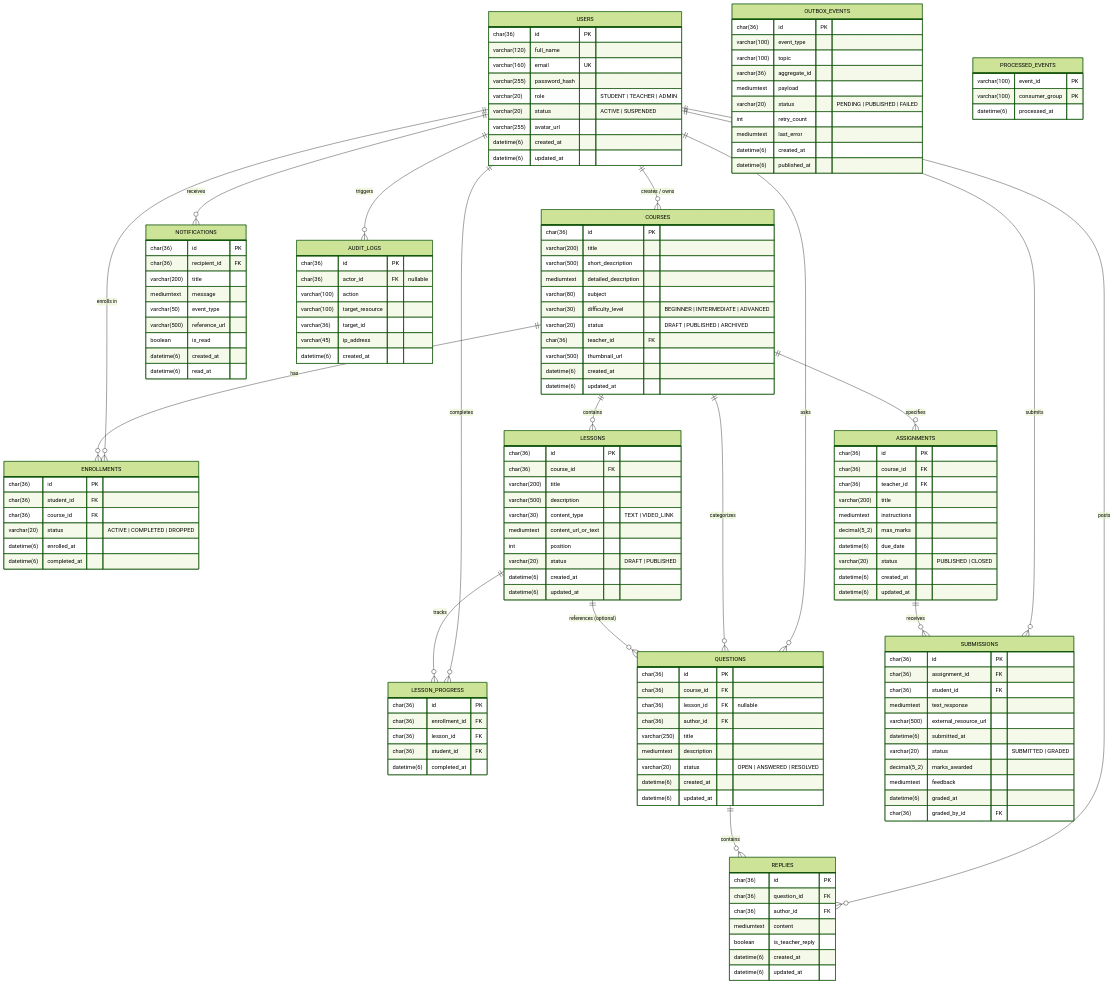
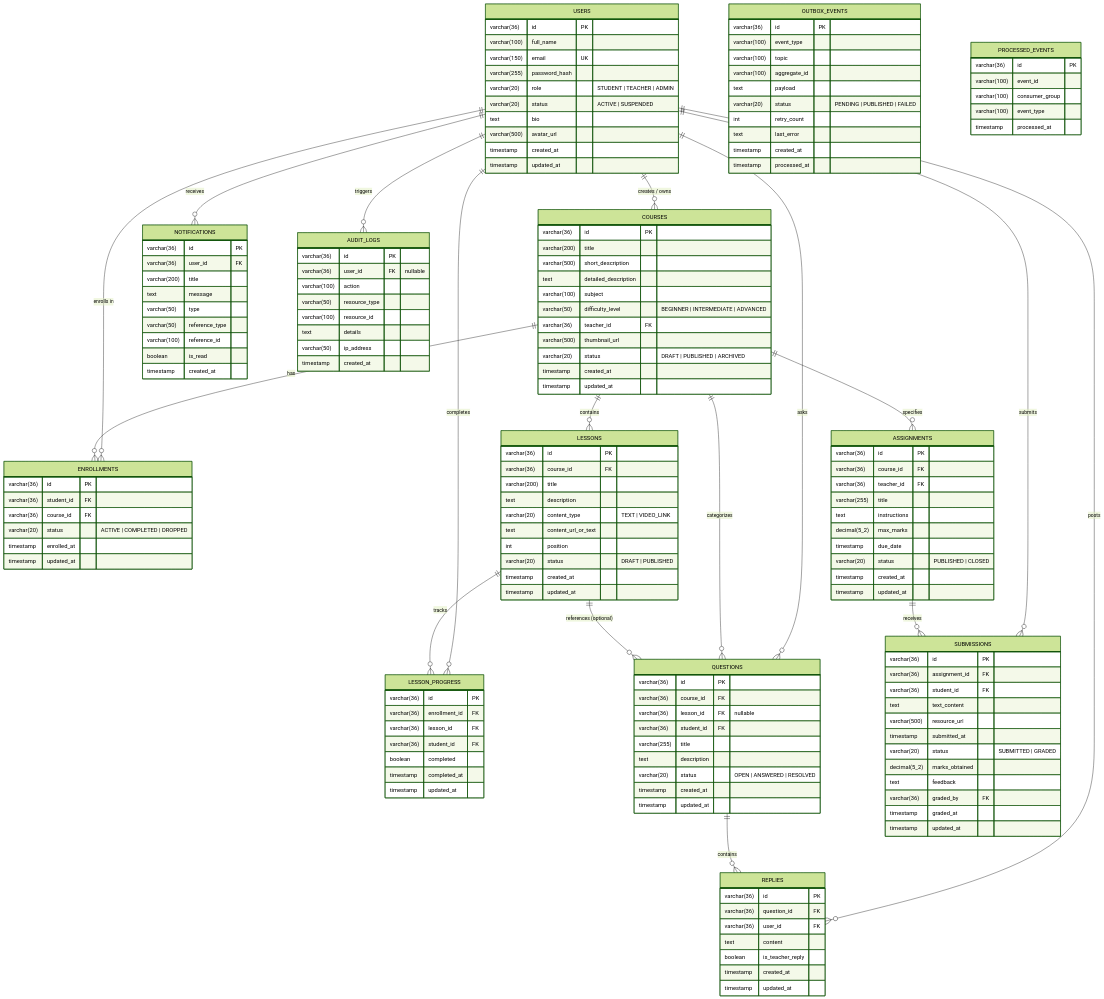
Before and after one commit to aiverseofshalab/LearnLoop: the diagram in docs/ER_DIAGRAM.md, drawn with Mermaid (forest theme). The commit also changed other lines of this file and 12 other files, not shown here.

````diff
--- a/docs/ER_DIAGRAM.md
+++ b/docs/ER_DIAGRAM.md
@@ -37,148 +38,155 @@
     ASSIGNMENTS ||--o{ SUBMISSIONS : "receives"
 
     USERS {
-        char(36) id PK
-        varchar(120) full_name
-        varchar(160) email UK
+        varchar(36) id PK
+        varchar(100) full_name
+        varchar(150) email UK
         varchar(255) password_hash
         varchar(20) role "STUDENT | TEACHER | ADMIN"
         varchar(20) status "ACTIVE | SUSPENDED"
-        varchar(255) avatar_url
-        datetime(6) created_at
-        datetime(6) updated_at
+        text bio
+        varchar(500) avatar_url
+        timestamp created_at
+        timestamp updated_at
     }
 
     COURSES {
-        char(36) id PK
+        varchar(36) id PK
         varchar(200) title
         varchar(500) short_description
-        mediumtext detailed_description
-        varchar(80) subject
-        varchar(30) difficulty_level "BEGINNER | INTERMEDIATE | ADVANCED"
+        text detailed_description
+        varchar(100) subject
+        varchar(50) difficulty_level "BEGINNER | INTERMEDIATE | ADVANCED"
+        varchar(36) teacher_id FK
+        varchar(500) thumbnail_url
         varchar(20) status "DRAFT | PUBLISHED | ARCHIVED"
-        char(36) teacher_id FK
-        varchar(500) thumbnail_url
-        datetime(6) created_at
-        datetime(6) updated_at
+        timestamp created_at
+        timestamp updated_at
     }
 
     LESSONS {
-        char(36) id PK
-        char(36) course_id FK
+        varchar(36) id PK
+        varchar(36) course_id FK
         varchar(200) title
-        varchar(500) description
-        varchar(30) content_type "TEXT | VIDEO_LINK"
-        mediumtext content_url_or_text
+        text description
+        varchar(20) content_type "TEXT | VIDEO_LINK"
+        text content_url_or_text
         int position
         varchar(20) status "DRAFT | PUBLISHED"
-        datetime(6) created_at
-        datetime(6) updated_at
+        timestamp created_at
+        timestamp updated_at
     }
 
     ENROLLMENTS {
-        char(36) id PK
-        char(36) student_id FK
-        char(36) course_id FK
+        varchar(36) id PK
+        varchar(36) student_id FK
+        varchar(36) course_id FK
         varchar(20) status "ACTIVE | COMPLETED | DROPPED"
-        datetime(6) enrolled_at
-        datetime(6) completed_at
+        timestamp enrolled_at
+        timestamp updated_at
     }
 
     LESSON_PROGRESS {
-        char(36) id PK
-        char(36) enrollment_id FK
-        char(36) lesson_id FK
-        char(36) student_id FK
-        datetime(6) completed_at
+        varchar(36) id PK
+        varchar(36) enrollment_id FK
+        varchar(36) lesson_id FK
+        varchar(36) student_id FK
+        boolean completed
+        timestamp completed_at
+        timestamp updated_at
     }
 
     QUESTIONS {
-        char(36) id PK
-        char(36) course_id FK
-        char(36) lesson_id FK "nullable"
-        char(36) author_id FK
-        varchar(250) title
-        mediumtext description
+        varchar(36) id PK
+        varchar(36) course_id FK
+        varchar(36) lesson_id FK "nullable"
+        varchar(36) student_id FK
+        varchar(255) title
+        text description
         varchar(20) status "OPEN | ANSWERED | RESOLVED"
-        datetime(6) created_at
-        datetime(6) updated_at
+        timestamp created_at
+        timestamp updated_at
     }
 
     REPLIES {
-        char(36) id PK
-        char(36) question_id FK
-        char(36) author_id FK
-        mediumtext content
+        varchar(36) id PK
+        varchar(36) question_id FK
+        varchar(36) user_id FK
+        text content
         boolean is_teacher_reply
-        datetime(6) created_at
-        datetime(6) updated_at
+        timestamp created_at
+        timestamp updated_at
     }
 
     ASSIGNMENTS {
-        char(36) id PK
-        char(36) course_id FK
-        char(36) teacher_id FK
-        varchar(200) title
-        mediumtext instructions
+        varchar(36) id PK
+        varchar(36) course_id FK
+        varchar(36) teacher_id FK
+        varchar(255) title
+        text instructions
         decimal(5_2) max_marks
-        datetime(6) due_date
+        timestamp due_date
         varchar(20) status "PUBLISHED | CLOSED"
-        datetime(6) created_at
-        datetime(6) updated_at
+        timestamp created_at
+        timestamp updated_at
     }
 
     SUBMISSIONS {
-        char(36) id PK
-        char(36) assignment_id FK
-        char(36) student_id FK
-        mediumtext text_response
-        varchar(500) external_resource_url
-        datetime(6) submitted_at
+        varchar(36) id PK
+        varchar(36) assignment_id FK
+        varchar(36) student_id FK
+        text text_content
+        varchar(500) resource_url
+        timestamp submitted_at
         varchar(20) status "SUBMITTED | GRADED"
-        decimal(5_2) marks_awarded
-        mediumtext feedback
-        datetime(6) graded_at
-        char(36) graded_by_id FK
+        decimal(5_2) marks_obtained
+        text feedback
+        varchar(36) graded_by FK
+        timestamp graded_at
+        timestamp updated_at
     }
 
     NOTIFICATIONS {
-        char(36) id PK
-        char(36) recipient_id FK
+        varchar(36) id PK
+        varchar(36) user_id FK
         varchar(200) title
-        mediumtext message
-        varchar(50) event_type
-        varchar(500) reference_url
+        text message
+        varchar(50) type
+        varchar(50) reference_type
+        varchar(100) reference_id
         boolean is_read
-        datetime(6) created_at
-        datetime(6) read_at
+        timestamp created_at
     }
 
     OUTBOX_EVENTS {
-        char(36) id PK
+        varchar(36) id PK
         varchar(100) event_type
         varchar(100) topic
-        varchar(36) aggregate_id
-        mediumtext payload
+        varchar(100) aggregate_id
+        text payload
         varchar(20) status "PENDING | PUBLISHED | FAILED"
         int retry_count
-        mediumtext last_error
-        datetime(6) created_at
-        datetime(6) published_at
+        text last_error
+        timestamp created_at
+        timestamp processed_at
     }
 
     PROCESSED_EVENTS {
-        varchar(100) event_id PK
-        varchar(100) consumer_group PK
-        datetime(6) processed_at
+        varchar(36) id PK
+        varchar(100) event_id
+        varchar(100) consumer_group
+        varchar(100) event_type
+        timestamp processed_at
     }
 
     AUDIT_LOGS {
-        char(36) id PK
-        char(36) actor_id FK "nullable"
+        varchar(36) id PK
+        varchar(36) user_id FK "nullable"
         varchar(100) action
-        varchar(100) target_resource
-        varchar(36) target_id
-        varchar(45) ip_address
-        datetime(6) created_at
+        varchar(50) resource_type
+        varchar(100) resource_id
+        text details
+        varchar(50) ip_address
+        timestamp created_at
     }
 ```
````
